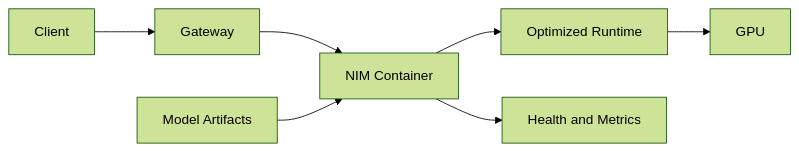
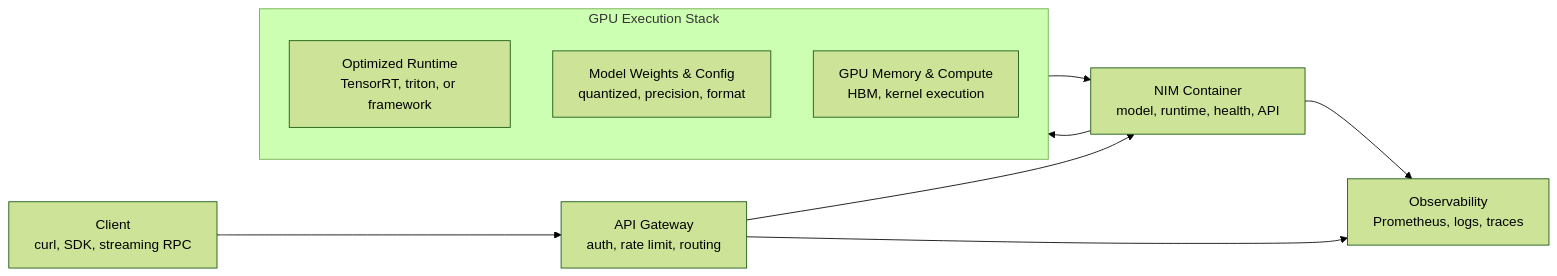
The first of 3 diagrams in docs/nvidia-zero-to-hero/volume-14/chapter-03-nvidia-nim-architecture.md (jithinpnjm/nvidia-devops), drawn with Mermaid (forest theme) before and after one commit. The commit also changed other lines of this file and 15 other files, not shown here.

First line of the commit message:
docs(volume-14): depth rework - add real evidence, annotated outputs, and mechanism diagrams

````diff
--- a/docs/nvidia-zero-to-hero/volume-14/chapter-03-nvidia-nim-architecture.md
+++ b/docs/nvidia-zero-to-hero/volume-14/chapter-03-nvidia-nim-architecture.md
@@ -14,14 +14,22 @@
 ```mermaid
 flowchart LR
-    Client[Client]
-    Gateway[Gateway]
-    NIM[NIM Container]
-    Runtime[Optimized Runtime]
-    Model[Model Artifacts]
-    GPU[GPU]
-    Metrics[Health and Metrics]
+    Client["Client<br/>curl, SDK, streaming RPC"]
+    
+    Gateway["API Gateway<br/>auth, rate limit, routing"]
+    
+    NIM["NIM Container<br/>model, runtime, health, API"]
+    
+    subgraph GPU_Stack ["GPU Execution Stack"]
+        Runtime["Optimized Runtime<br/>TensorRT, triton, or framework"]
+        Model["Model Weights & Config<br/>quantized, precision, format"]
+        GPU["GPU Memory & Compute<br/>HBM, kernel execution"]
+    end
+    
+    Metrics["Observability<br/>Prometheus, logs, traces"]
 
-    Client --> Gateway --> NIM --> Runtime --> GPU
-    Model --> NIM
+    Client --> Gateway --> NIM
+    NIM --> GPU_Stack
+    GPU_Stack --> NIM
     NIM --> Metrics
+    Gateway --> Metrics
 ```
````
